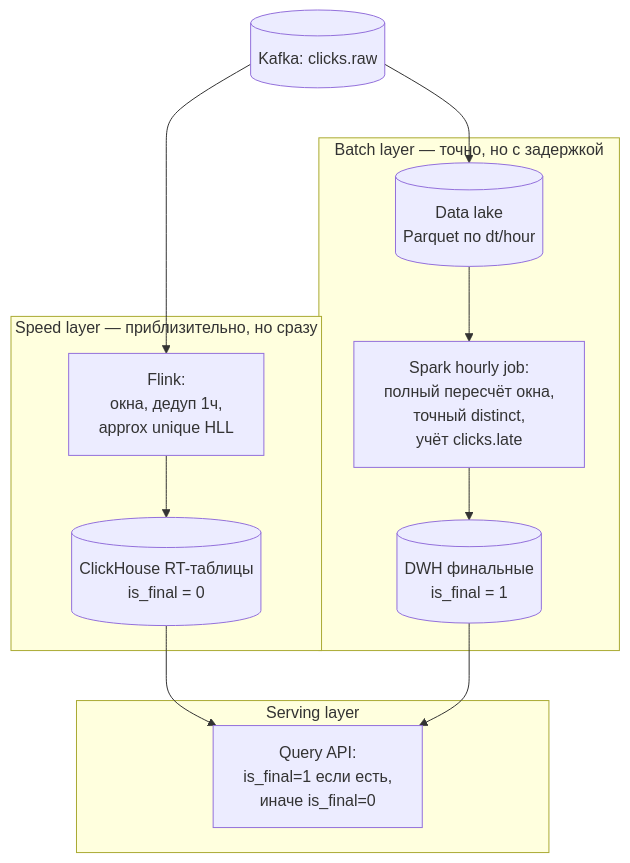
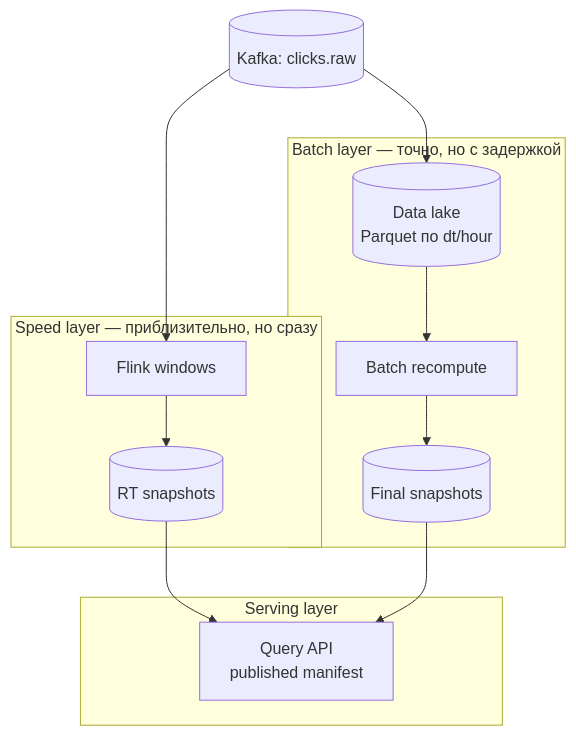
Before and after one commit to AlohaJava/system-design-interview-chamkin: the sixth of 6 diagrams in 02-case-studies/ad-click-aggregation.md, drawn with Mermaid. The commit also changed other lines of this file and 49 other files, not shown here.

````diff
--- a/02-case-studies/ad-click-aggregation.md
+++ b/02-case-studies/ad-click-aggregation.md
@@ -424,24 +422,24 @@
 ```mermaid
 flowchart TB
     K[("Kafka: clicks.raw")]
 
     subgraph Speed["Speed layer — приблизительно, но сразу"]
-        FL["Flink:<br/>окна, дедуп 1ч,<br/>approx unique HLL"]
-        RTS[("ClickHouse RT-таблицы<br/>is_final = 0")]
+        FL["Flink windows"]
+        RTS[("RT snapshots")]
     end
 
     subgraph BatchL["Batch layer — точно, но с задержкой"]
         DL[("Data lake<br/>Parquet по dt/hour")]
-        SJ["Spark hourly job:<br/>полный пересчёт окна,<br/>точный distinct,<br/>учёт clicks.late"]
-        DWT[("DWH финальные<br/>is_final = 1")]
+        SJ["Batch recompute"]
+        DWT[("Final snapshots")]
     end
 
     subgraph Serving["Serving layer"]
-        Q["Query API:<br/>is_final=1 если есть,<br/>иначе is_final=0"]
+        Q["Query API<br/>published manifest"]
     end
 
     K --> FL --> RTS
     K --> DL --> SJ --> DWT
     RTS --> Q
     DWT --> Q
 ```
````
